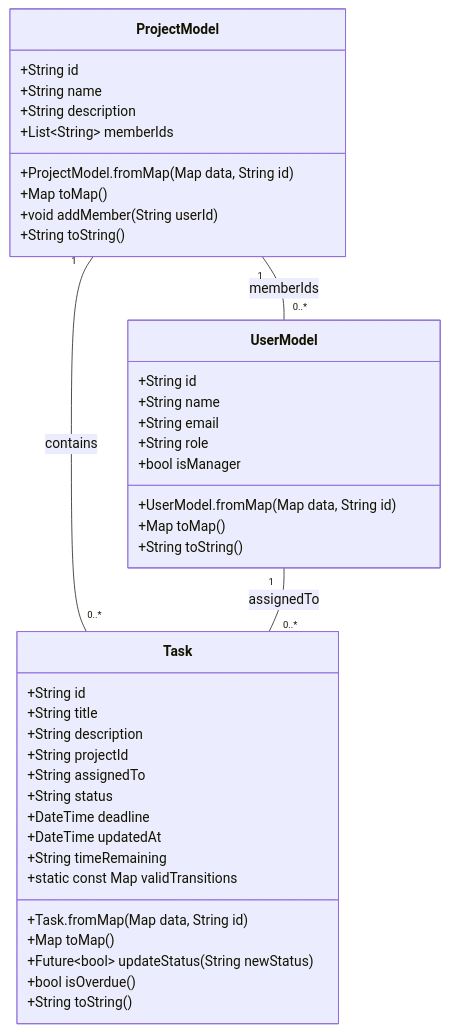
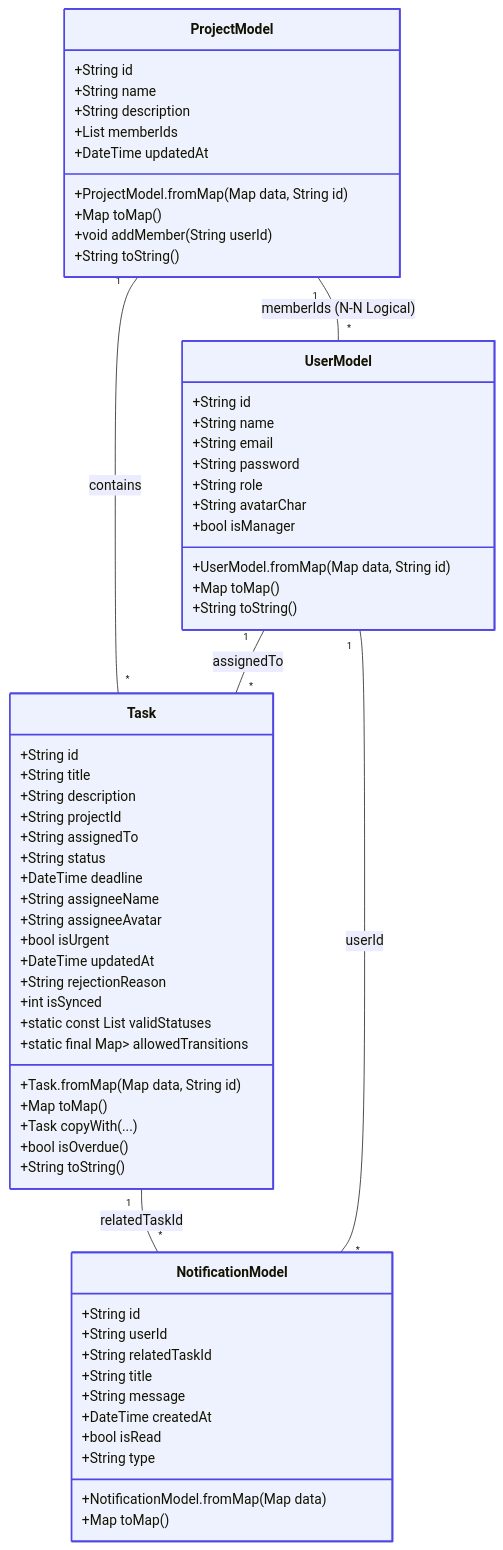
One commit to ttt-huong/TaskFlow_Huong_Thuong_Cuong_N03_1_2026 changed the first of 24 diagrams in docs/uml_va_luong_hoat_dong.md. Above: the diagram before and after it, drawn with Mermaid. The commit also changed other lines of this file and 3 other files, not shown here.

Commit message:
docs: redesign UML diagrams and add final course reports

````diff
--- a/docs/uml_va_luong_hoat_dong.md
+++ b/docs/uml_va_luong_hoat_dong.md
@@ -12,46 +14,74 @@
 ```mermaid
 classDiagram
     class UserModel {
         +String id
         +String name
         +String email
+        +String password
         +String role
+        +String avatarChar
         +UserModel.fromMap(Map data, String id)
         +Map toMap()
         +bool isManager
         +String toString()
     }
 
     class ProjectModel {
         +String id
         +String name
         +String description
-        +List~String~ memberIds
+        +List<String> memberIds
+        +DateTime updatedAt
         +ProjectModel.fromMap(Map data, String id)
         +Map toMap()
         +void addMember(String userId)
         +String toString()
     }
 
     class Task {
         +String id
         +String title
         +String description
         +String projectId
         +String assignedTo
         +String status
         +DateTime deadline
+        +String assigneeName
+        +String assigneeAvatar
+        +bool isUrgent
         +DateTime updatedAt
-        +String timeRemaining
-        +static const Map validTransitions
+        +String rejectionReason
+        +int isSynced
+        +static const List<String> validStatuses
+        +static final Map<String, Set<String>> allowedTransitions
         +Task.fromMap(Map data, String id)
         +Map toMap()
-        +Future~bool~ updateStatus(String newStatus)
+        +Task copyWith(...)
         +bool isOverdue()
         +String toString()
     }
 
-    ProjectModel "1" -- "0..*" Task : contains
-    UserModel "1" -- "0..*" Task : assignedTo
-    ProjectModel "1" -- "0..*" UserModel : memberIds
+    class NotificationModel {
+        +String id
+        +String userId
+        +String relatedTaskId
+        +String title
+        +String message
+        +DateTime createdAt
+        +bool isRead
+        +String type
+        +NotificationModel.fromMap(Map data)
+        +Map toMap()
+    }
+
+    ProjectModel "1" -- "*" Task : contains
+    UserModel "1" -- "*" Task : assignedTo
+    ProjectModel "1" -- "*" UserModel : memberIds (N-N Logical)
+    Task "1" -- "*" NotificationModel : relatedTaskId
+    UserModel "1" -- "*" NotificationModel : userId
+
+    style UserModel fill:#eef2ff,stroke:#4f46e5,stroke-width:2px
+    style ProjectModel fill:#eef2ff,stroke:#4f46e5,stroke-width:2px
+    style Task fill:#eef2ff,stroke:#4f46e5,stroke-width:2px
+    style NotificationModel fill:#eef2ff,stroke:#4f46e5,stroke-width:2px
 ```
````
